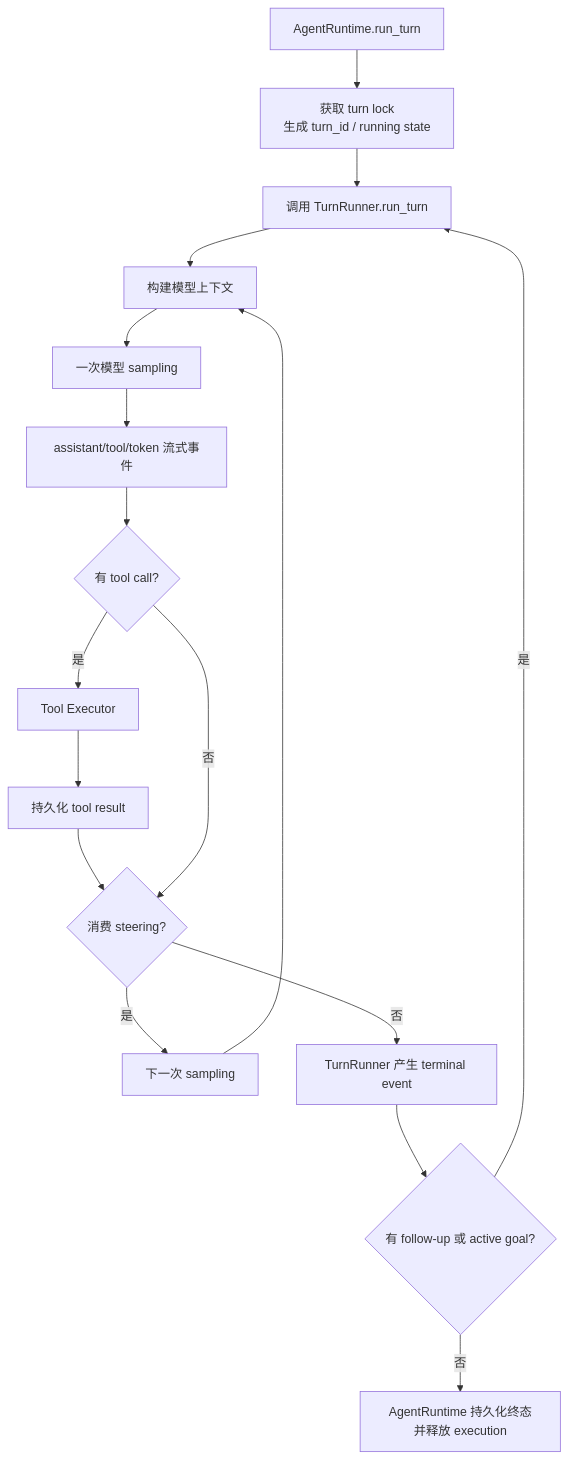
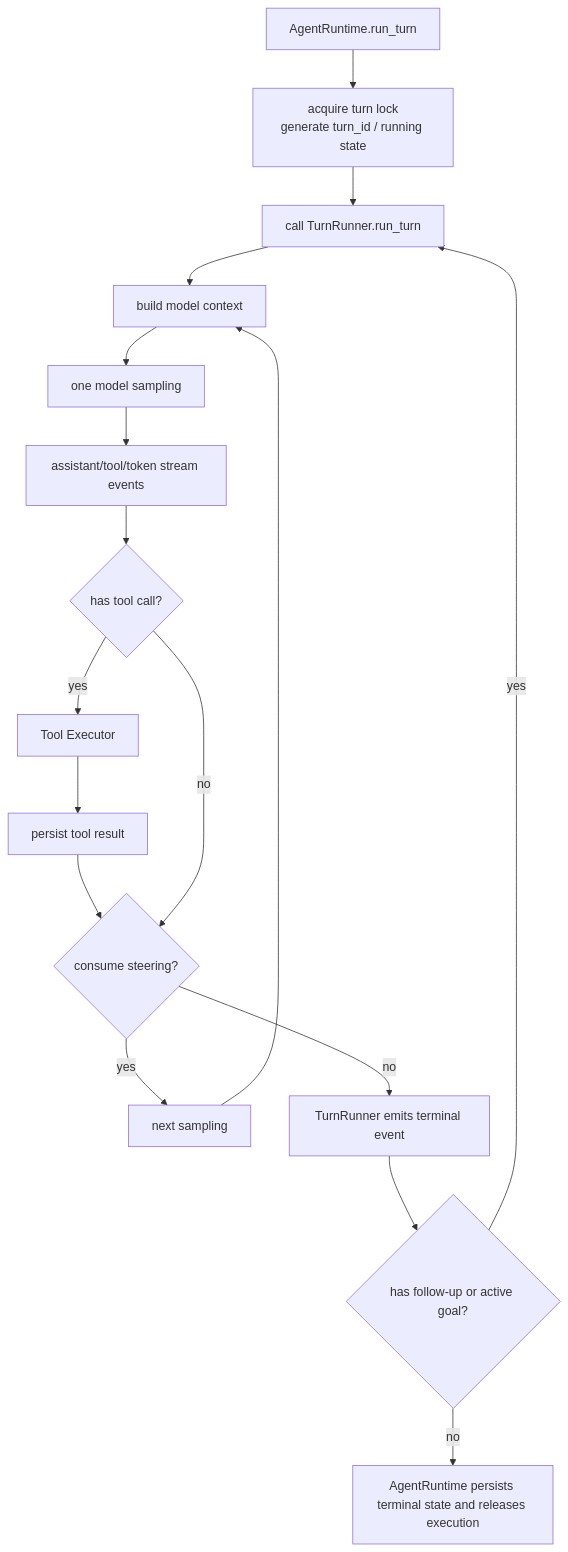
One commit to Azzurroooo/rind changed the fifth of 8 diagrams in docs/cli-turn-flow.md. Above: the diagram before and after it, drawn with Mermaid. The commit also changed other lines of this file and 104 other files, not shown here.

````diff
--- a/docs/cli-turn-flow.md
+++ b/docs/cli-turn-flow.md
@@ -217,26 +217,26 @@
 ```mermaid
 flowchart TD
     START[AgentRuntime.run_turn]
-    LOCK[获取 turn lock\n生成 turn_id / running state]
-    STEP[调用 TurnRunner.run_turn]
-    CONTEXT[构建模型上下文]
-    SAMPLE[一次模型 sampling]
-    STREAM[assistant/tool/token 流式事件]
-    TOOL{有 tool call?}
+    LOCK[acquire turn lock\ngenerate turn_id / running state]
+    STEP[call TurnRunner.run_turn]
+    CONTEXT[build model context]
+    SAMPLE[one model sampling]
+    STREAM[assistant/tool/token stream events]
+    TOOL{has tool call?}
     EXEC[Tool Executor]
-    RESULT[持久化 tool result]
-    STEER{消费 steering?}
-    NEXT[下一次 sampling]
-    STEP_DONE[TurnRunner 产生 terminal event]
-    FOLLOW{有 follow-up 或 active goal?}
-    TURN_DONE[AgentRuntime 持久化终态并释放 execution]
+    RESULT[persist tool result]
+    STEER{consume steering?}
+    NEXT[next sampling]
+    STEP_DONE[TurnRunner emits terminal event]
+    FOLLOW{has follow-up or active goal?}
+    TURN_DONE[AgentRuntime persists terminal state and releases execution]
 
     START --> LOCK --> STEP --> CONTEXT --> SAMPLE --> STREAM --> TOOL
-    TOOL -- 是 --> EXEC --> RESULT --> STEER
-    TOOL -- 否 --> STEER
-    STEER -- 是 --> NEXT --> CONTEXT
-    STEER -- 否 --> STEP_DONE
+    TOOL -- yes --> EXEC --> RESULT --> STEER
+    TOOL -- no --> STEER
+    STEER -- yes --> NEXT --> CONTEXT
+    STEER -- no --> STEP_DONE
     STEP_DONE --> FOLLOW
-    FOLLOW -- 是 --> STEP
-    FOLLOW -- 否 --> TURN_DONE
+    FOLLOW -- yes --> STEP
+    FOLLOW -- no --> TURN_DONE
 ```
````
